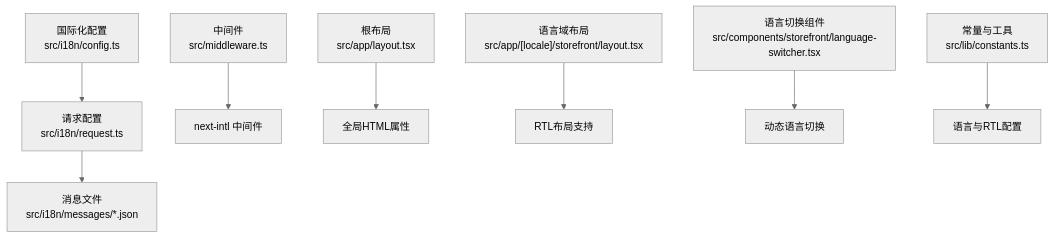
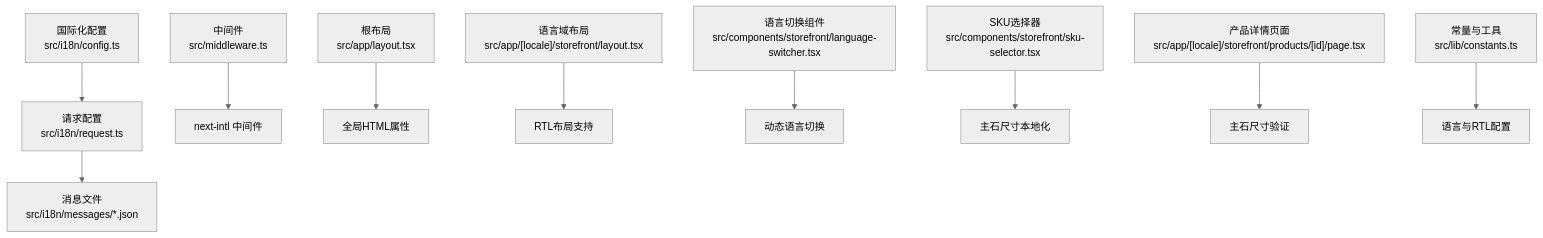
The first of 8 diagrams in .qoder/repowiki/zh/content/国际化系统/国际化系统.md (three3638-arch/celestia_2b), drawn with Mermaid (neutral theme) before and after one commit. The commit also changed other lines of this file and 14 other files, not shown here.

````diff
--- a/.qoder/repowiki/zh/content/国际化系统/国际化系统.md
+++ b/.qoder/repowiki/zh/content/国际化系统/国际化系统.md
@@ -56,10 +62,12 @@
 ```mermaid
 graph TB
 A["国际化配置<br/>src/i18n/config.ts"] --> B["请求配置<br/>src/i18n/request.ts"]
 B --> C["消息文件<br/>src/i18n/messages/*.json"]
 D["中间件<br/>src/middleware.ts"] --> E["next-intl 中间件"]
 F["根布局<br/>src/app/layout.tsx"] --> G["全局HTML属性"]
 H["语言域布局<br/>src/app/[locale]/storefront/layout.tsx"] --> I["RTL布局支持"]
 J["语言切换组件<br/>src/components/storefront/language-switcher.tsx"] --> K["动态语言切换"]
-L["常量与工具<br/>src/lib/constants.ts"] --> M["语言与RTL配置"]
+L["SKU选择器<br/>src/components/storefront/sku-selector.tsx"] --> M["主石尺寸本地化"]
+N["产品详情页面<br/>src/app/[locale]/storefront/products/[id]/page.tsx"] --> O["主石尺寸验证"]
+P["常量与工具<br/>src/lib/constants.ts"] --> Q["语言与RTL配置"]
 ```
````
